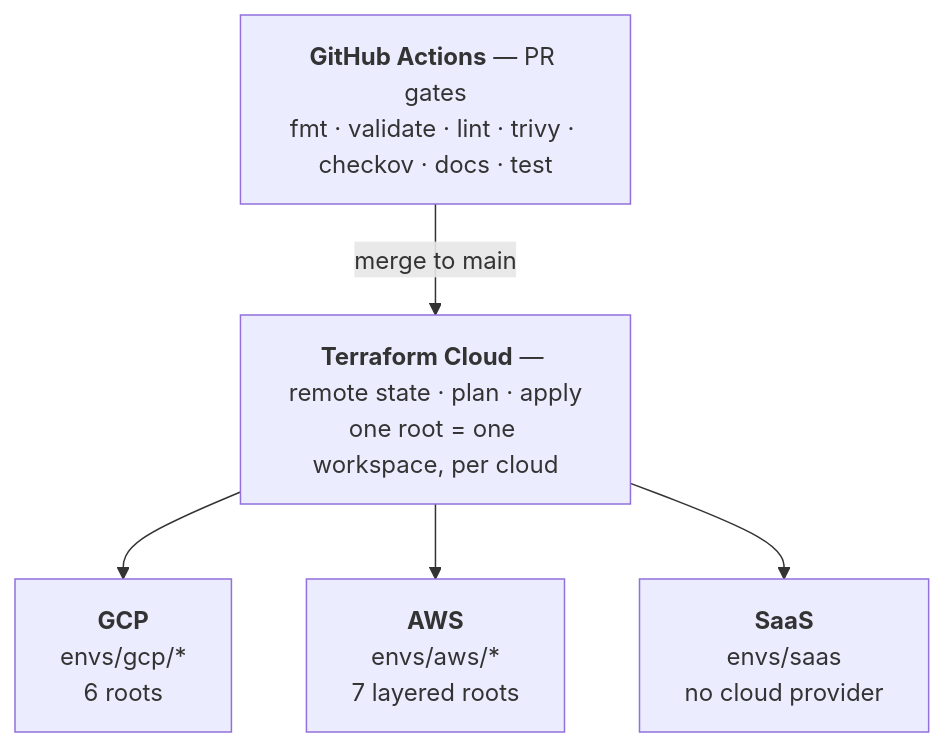
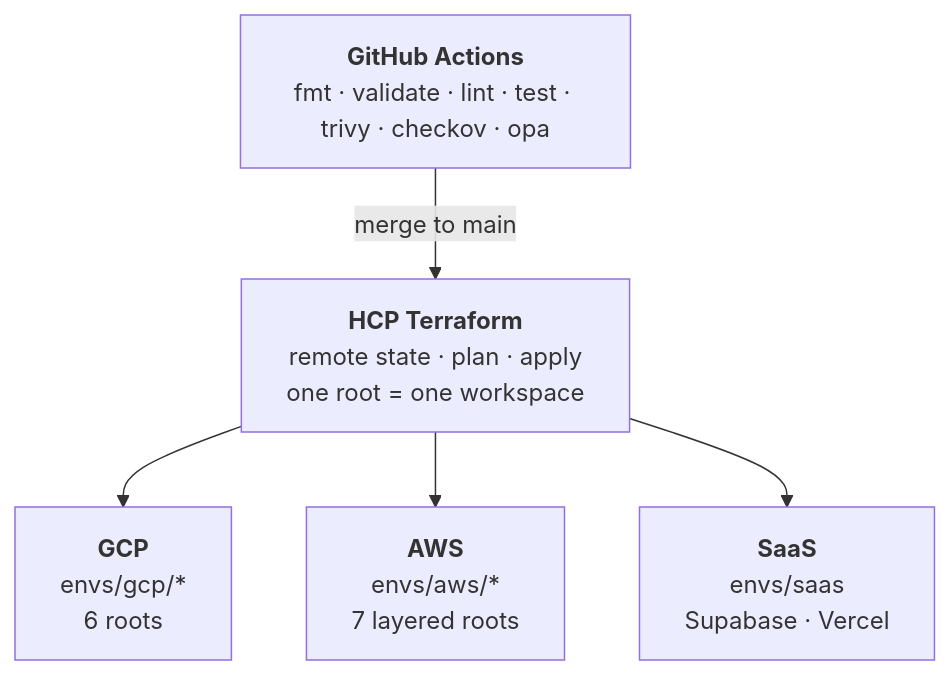
The diagram in README.md (EdwinKassier/Ashes-Devops-Tools), drawn with Mermaid before and after one commit. The commit also changed other lines of this file, not shown here.

First line of the commit message:
docs(readme): polish the root README

````diff
--- a/README.md
+++ b/README.md
@@ -88,9 +72,9 @@
 ```mermaid
 flowchart TB
-    CI["<b>GitHub Actions</b> — PR gates<br/>fmt · validate · lint · trivy · checkov · docs · test"]
-    TFC["<b>Terraform Cloud</b> — remote state · plan · apply<br/>one root = one workspace, per cloud"]
+    CI["<b>GitHub Actions</b><br/>fmt · validate · lint · test · trivy · checkov · opa"]
+    TFC["<b>HCP Terraform</b><br/>remote state · plan · apply<br/>one root = one workspace"]
     CI -->|"merge to main"| TFC
     TFC --> GCP["<b>GCP</b><br/>envs/gcp/*<br/>6 roots"]
     TFC --> AWS["<b>AWS</b><br/>envs/aws/*<br/>7 layered roots"]
-    TFC --> SAAS["<b>SaaS</b><br/>envs/saas<br/>no cloud provider"]
+    TFC --> SAAS["<b>SaaS</b><br/>envs/saas<br/>Supabase · Vercel"]
 ```
````
